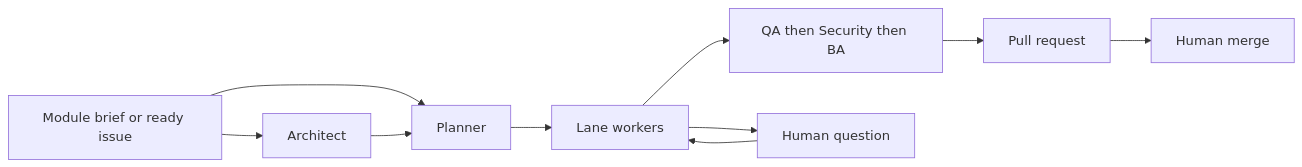
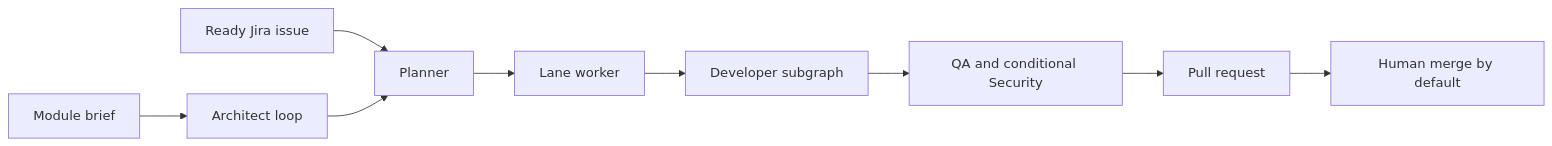
Before and after one commit to yunusemrecebe/fleet-showcase: the diagram in docs/architecture.md, drawn with Mermaid. The commit also changed other lines of this file and 18 other files, not shown here.

````diff
--- a/docs/architecture.md
+++ b/docs/architecture.md
@@ -7,12 +20,11 @@
 ```mermaid
 flowchart LR
-  inputs[Module brief or ready issue] --> architect[Architect]
-  inputs --> planner[Planner]
+  brief[Module brief] --> architect[Architect loop]
+  issue[Ready Jira issue] --> planner[Planner]
   architect --> planner
-  planner --> lanes[Lane workers]
-  lanes --> review[QA then Security then BA]
-  lanes --> ask[Human question]
-  ask --> lanes
+  planner --> lane[Lane worker]
+  lane --> devgraph[Developer subgraph]
+  devgraph --> review[QA and conditional Security]
   review --> pr[Pull request]
-  pr --> merge[Human merge]
+  pr --> merge[Human merge by default]
 ```
````
